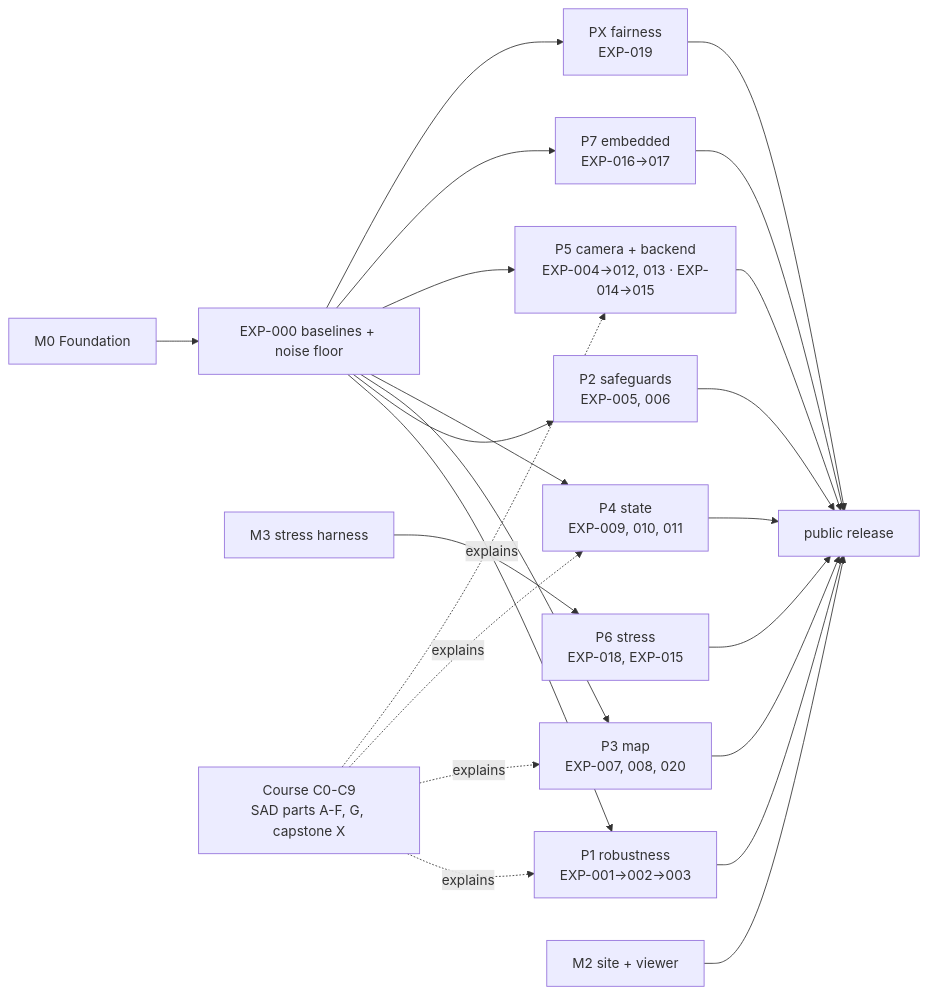
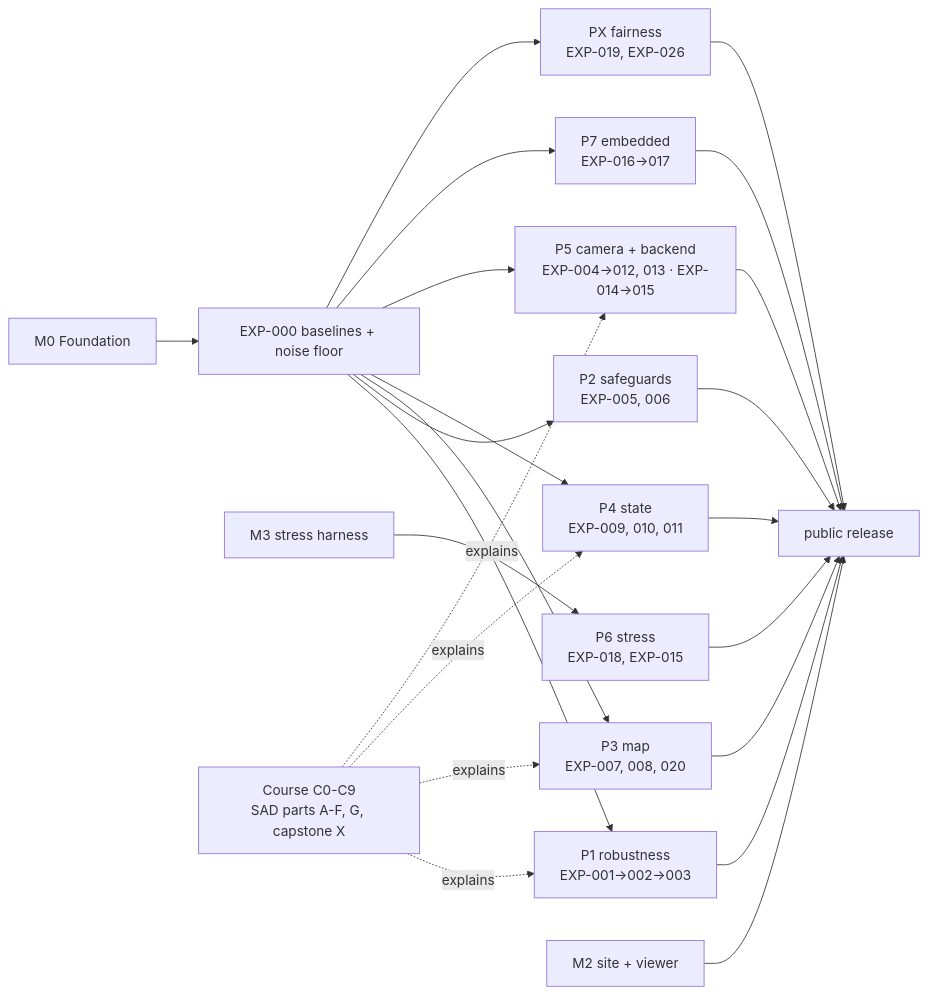
The diagram in ROADMAP.md (Munna-Manoj/LVIO_exp), drawn with Mermaid before and after one commit. The commit also changed other lines of this file and 38 other files, not shown here.

````diff
--- a/ROADMAP.md
+++ b/ROADMAP.md
@@ -15,15 +15,15 @@
 ```mermaid
 flowchart LR
   M0[M0 Foundation] --> E0[EXP-000 baselines + noise floor]
   E0 --> P1[P1 robustness<br/>EXP-001→002→003]
   E0 --> P2[P2 safeguards<br/>EXP-005, 006]
   E0 --> P3[P3 map<br/>EXP-007, 008, 020]
   E0 --> P4[P4 state<br/>EXP-009, 010, 011]
   E0 --> P5[P5 camera + backend<br/>EXP-004→012, 013 · EXP-014→015]
   E0 --> P7[P7 embedded<br/>EXP-016→017]
-  E0 --> PX[PX fairness<br/>EXP-019]
+  E0 --> PX[PX fairness<br/>EXP-019, EXP-026]
   M3[M3 stress harness] --> P6[P6 stress<br/>EXP-018, EXP-015]
   M2[M2 site + viewer] --> PUB[public release]
   C[Course C0-C9<br/>SAD parts A-F, G, capstone X] -. explains .-> P1 & P3 & P4 & P5
   P1 & P2 & P3 & P4 & P5 & P6 & P7 & PX --> PUB
 ```
````
